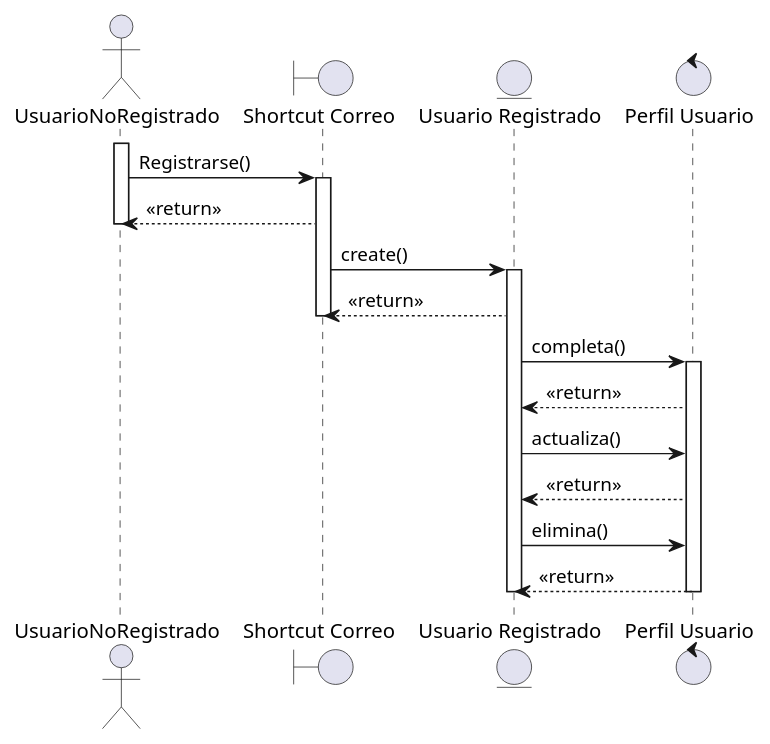
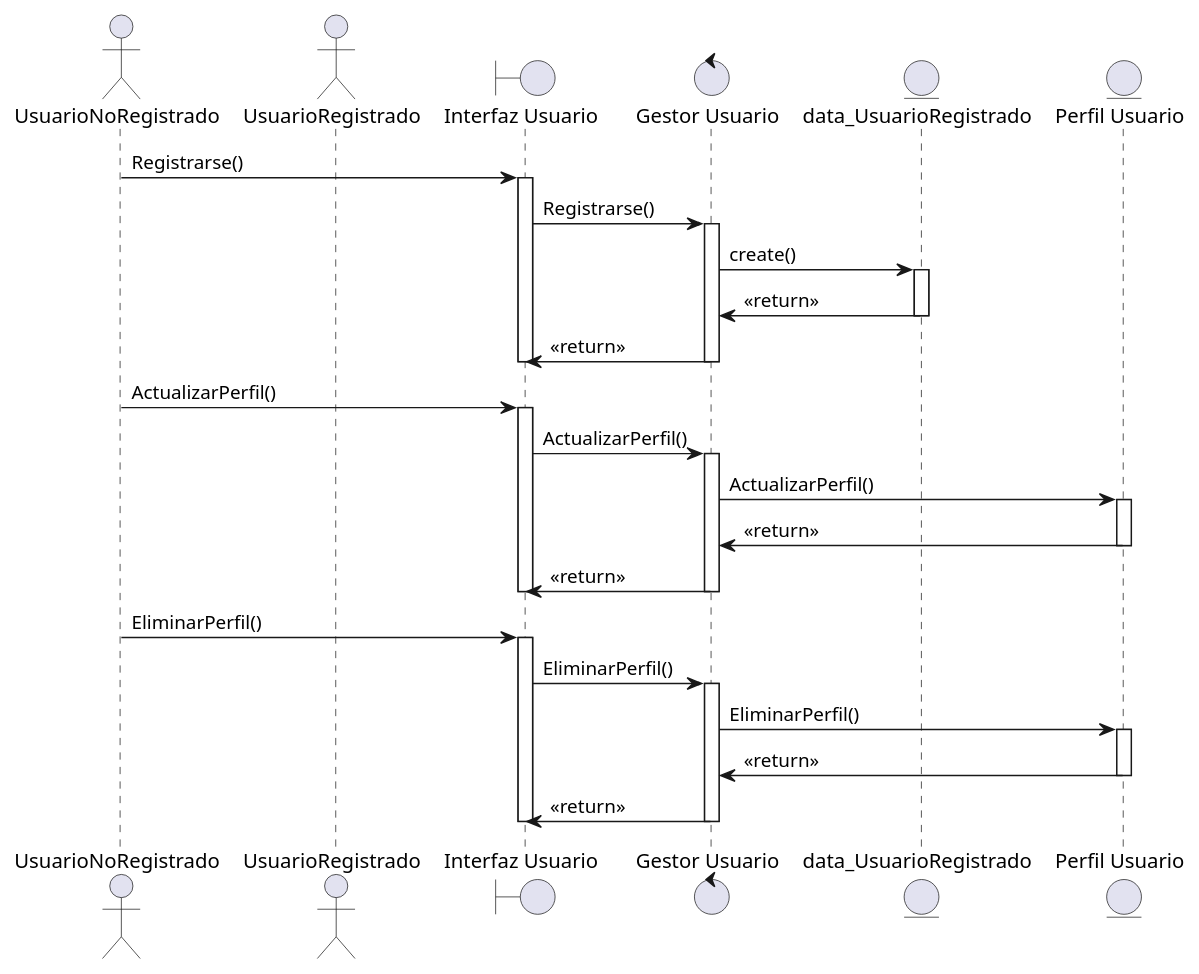
One commit to dabien3/ES25UAB-511-05 changed the diagram in documents/Diagramas Secuencia/CodigoUML/bloq1.pUML. Above: the diagram before and after it, drawn with PlantUML. The commit also changed 1 other file, not shown here.

Commit message:
review bloq1 diagramaseq

```diff
--- a/documents/Diagramas Secuencia/CodigoUML/bloq1.pUML
+++ b/documents/Diagramas Secuencia/CodigoUML/bloq1.pUML
@@ -1,32 +1,46 @@
 @startuml
 actor UsuarioNoRegistrado
-boundary "Shortcut Correo" as ShortcutCorreo
-entity "Usuario Registrado" as UsuarioRegistrado
-control "Perfil Usuario" as PerfilUsuario
+actor UsuarioRegistrado
+boundary "Interfaz Usuario" as InterfazUsuario
+control "Gestor Usuario" as GestorUsuario
+entity "data_UsuarioRegistrado" as data_UsuarioRegistrado
+entity "Perfil Usuario" as PerfilUsuario
 
-activate UsuarioNoRegistrado
-UsuarioNoRegistrado -> ShortcutCorreo : Registrarse()
-activate ShortcutCorreo
+UsuarioNoRegistrado -> InterfazUsuario : Registrarse()                                                         
+activate InterfazUsuario
+InterfazUsuario -> GestorUsuario : Registrarse()
+activate GestorUsuario
+GestorUsuario -> data_UsuarioRegistrado : create()
+activate data_UsuarioRegistrado
+data_UsuarioRegistrado -> GestorUsuario : <<return>>
+deactivate data_UsuarioRegistrado
+GestorUsuario -> InterfazUsuario : <<return>>
+deactivate GestorUsuario
+deactivate InterfazUsuario
 
-ShortcutCorreo --> UsuarioNoRegistrado : <<return>>
-deactivate UsuarioNoRegistrado
+UsuarioNoRegistrado -> InterfazUsuario : ActualizarPerfil()
+activate InterfazUsuario
+InterfazUsuario -> GestorUsuario : ActualizarPerfil()
+activate GestorUsuario
+GestorUsuario -> PerfilUsuario : ActualizarPerfil()
+activate PerfilUsuario
+PerfilUsuario -> GestorUsuario : <<return>>
+deactivate PerfilUsuario
+GestorUsuario -> InterfazUsuario : <<return>>
+deactivate GestorUsuario
+deactivate InterfazUsuario
 
-ShortcutCorreo -> UsuarioRegistrado : create()
-activate UsuarioRegistrado
-
-UsuarioRegistrado --> ShortcutCorreo : <<return>>
-deactivate ShortcutCorreo
-
-UsuarioRegistrado -> PerfilUsuario : completa()
+UsuarioNoRegistrado -> InterfazUsuario : EliminarPerfil()
+activate InterfazUsuario
+InterfazUsuario -> GestorUsuario : EliminarPerfil()
+activate GestorUsuario
+GestorUsuario -> PerfilUsuario : EliminarPerfil()
 activate PerfilUsuario
-PerfilUsuario --> UsuarioRegistrado : <<return>>
-
-UsuarioRegistrado -> PerfilUsuario : actualiza()
-PerfilUsuario --> UsuarioRegistrado : <<return>>
-
-UsuarioRegistrado -> PerfilUsuario : elimina()
-PerfilUsuario --> UsuarioRegistrado : <<return>>
+PerfilUsuario -> GestorUsuario : <<return>>
 deactivate PerfilUsuario
+GestorUsuario -> InterfazUsuario : <<return>>
+deactivate GestorUsuario
+deactivate InterfazUsuario
 
 deactivate UsuarioRegistrado
 @enduml
```
